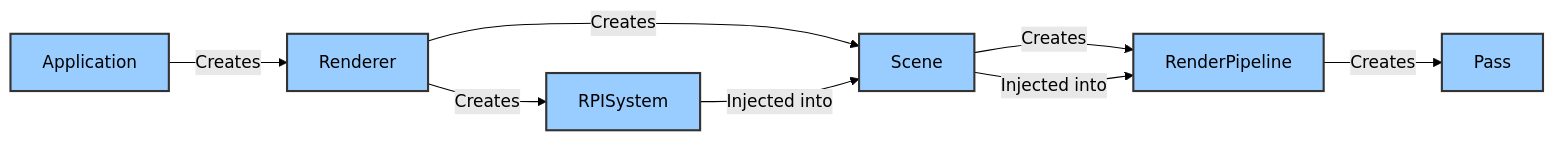
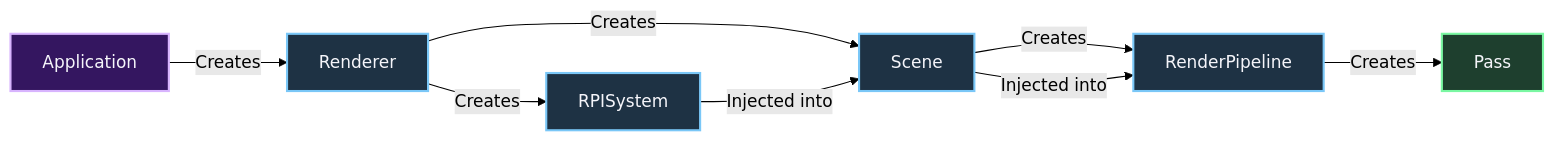
One commit to Astin-A/the-workshop changed the second of 3 diagrams in content/Engine shit/O3DE/Atomic/5 Dependency Injection & Service Locators.md. Above: the diagram before and after it, drawn with Mermaid (forest theme). The commit also changed other lines of this file and 24 other files, not shown here.

````diff
--- a/content/Engine shit/O3DE/Atomic/5 Dependency Injection & Service Locators.md
+++ b/content/Engine shit/O3DE/Atomic/5 Dependency Injection & Service Locators.md
@@ -35,17 +33,18 @@
 ```mermaid
 graph LR
     A[Application] -->|Creates| B[Renderer]
     B -->|Creates| C[RPISystem]
     B -->|Creates| D[Scene]
     C -->|Injected into| D
     D -->|Creates| E[RenderPipeline]
     D -->|Injected into| E
     E -->|Creates| F[Pass]
-    
-    style A fill:#9cf,stroke:#333,stroke-width:2px,color:#000
-    style B fill:#9cf,stroke:#333,stroke-width:2px,color:#000
-    style C fill:#9cf,stroke:#333,stroke-width:2px,color:#000
-    style D fill:#9cf,stroke:#333,stroke-width:2px,color:#000
-    style E fill:#9cf,stroke:#333,stroke-width:2px,color:#000
-    style F fill:#9cf,stroke:#333,stroke-width:2px,color:#000
+
+    classDef highlight fill:#341660,stroke:#d8b4fe,stroke-width:2px,color:#f5f5fa;
+    classDef info fill:#1e3244,stroke:#7ac7f7,stroke-width:2px,color:#f5f5fa;
+    classDef success fill:#1e3f2e,stroke:#7af7a2,stroke-width:2px,color:#f5f5fa;
+
+    class A highlight;
+    class B,C,D,E info;
+    class F success;
 ```
````
